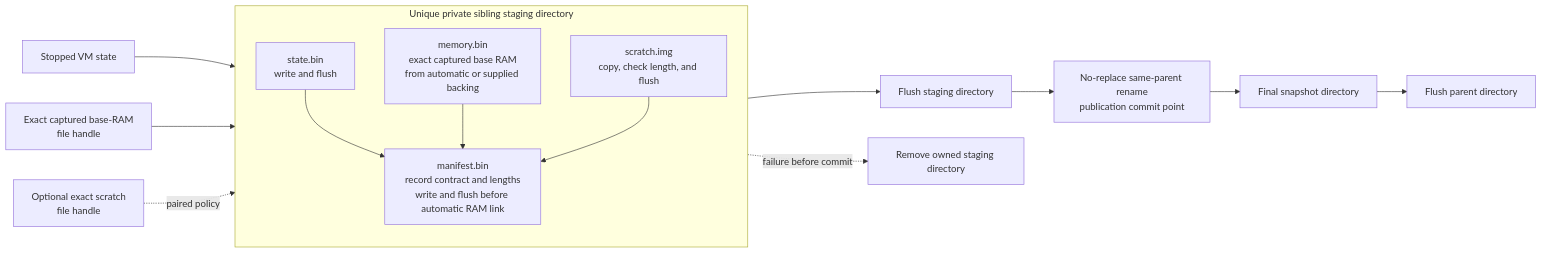
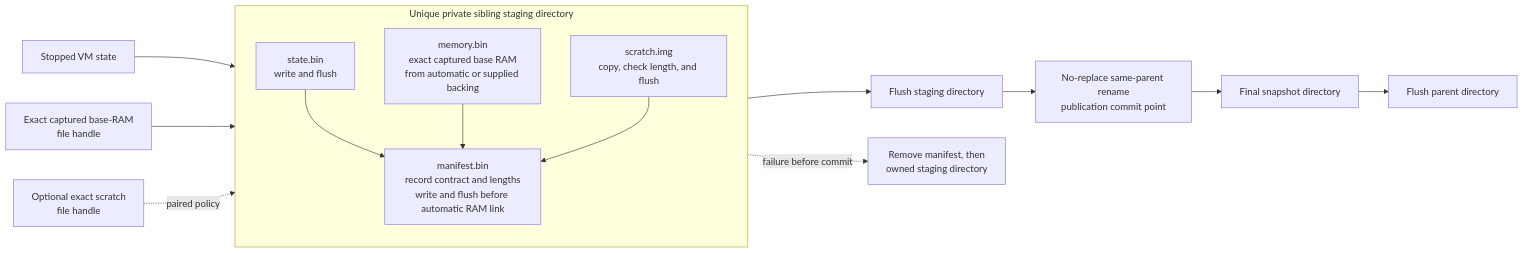
Before and after one commit to microsoft/nvx: the diagram in doc/design/5.4-snapshot-artifact-and-attachment-model.md, drawn with Mermaid. The commit also changed other lines of this file and 1 other file, not shown here.

First line of the commit message:
doc: describe the staged manifest's removal on a failed capture

````diff
--- a/doc/design/5.4-snapshot-artifact-and-attachment-model.md
+++ b/doc/design/5.4-snapshot-artifact-and-attachment-model.md
@@ -21,26 +21,26 @@
 ```mermaid
 flowchart LR
    State["Stopped VM state"]
    Ram["Exact captured base-RAM<br/>file handle"]
    Scratch["Optional exact scratch<br/>file handle"]
 
    subgraph Staging["Unique private sibling staging directory"]
       direction TB
       StateFile["state.bin<br/>write and flush"]
       MemoryFile["memory.bin<br/>exact captured base RAM<br/>from automatic or supplied backing"]
       ScratchFile["scratch.img<br/>copy, check length, and flush"]
       ManifestFile["manifest.bin<br/>record contract and lengths<br/>write and flush before automatic RAM link"]
    end
 
    SyncStaging["Flush staging directory"]
    Rename["No-replace same-parent rename<br/>publication commit point"]
    Final["Final snapshot directory"]
    SyncParent["Flush parent directory"]
-   Cleanup["Remove owned staging directory"]
+   Cleanup["Remove manifest, then<br/>owned staging directory"]
 
    State --> StateFile --> ManifestFile
    Ram --> MemoryFile --> ManifestFile
    Scratch -. paired policy .-> ScratchFile --> ManifestFile
    ManifestFile --> SyncStaging --> Rename --> Final --> SyncParent
    Staging -. failure before commit .-> Cleanup
 ```
````
